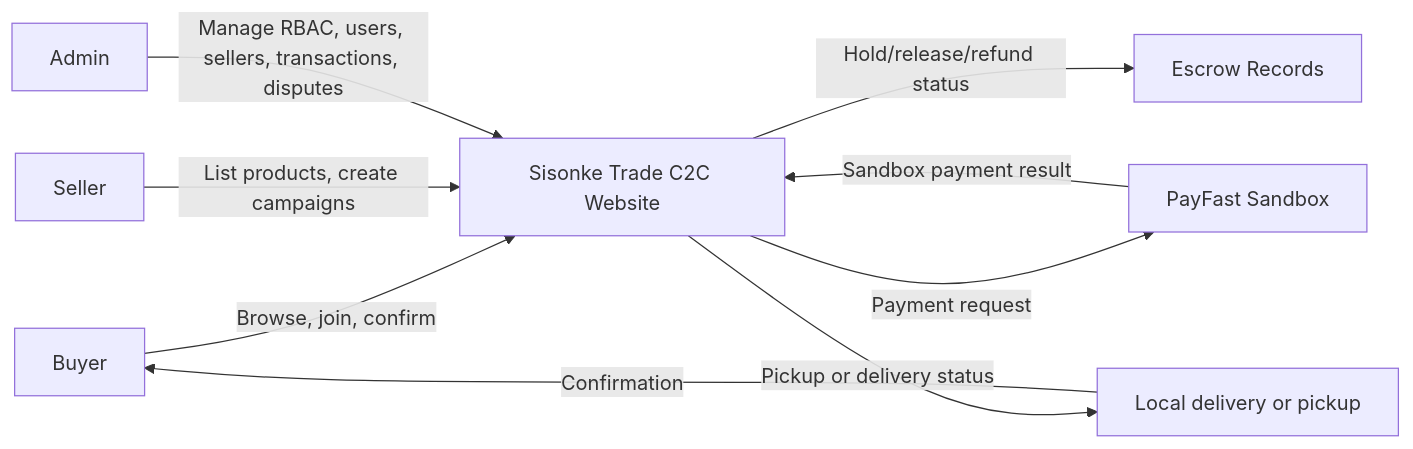
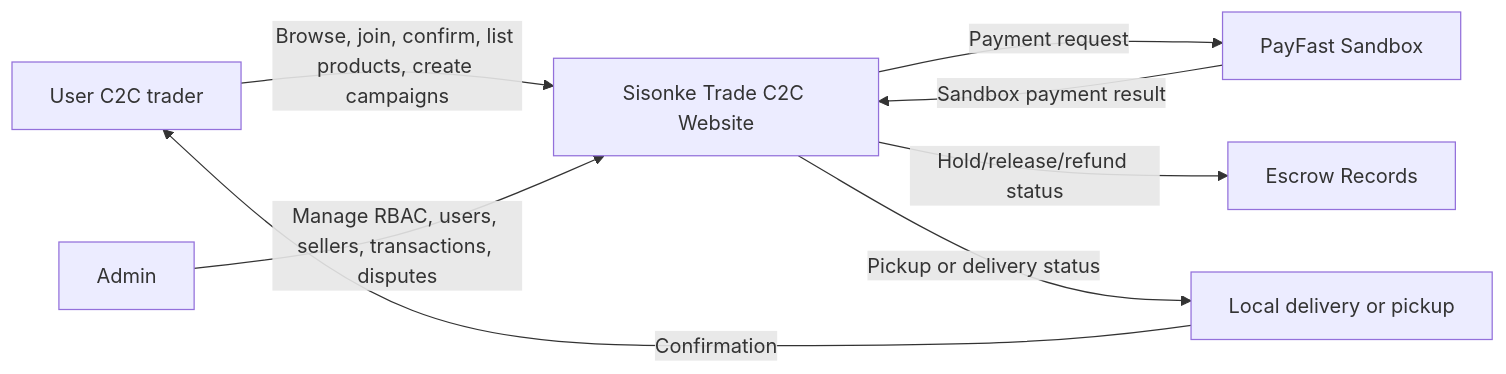
The second of 4 diagrams in docs/deliverable2.md (SCARA0429/Sisonke-trade-new), drawn with Mermaid before and after one commit. The commit also changed other lines of this file and 15 other files, not shown here.

````diff
--- a/docs/deliverable2.md
+++ b/docs/deliverable2.md
@@ -227,11 +243,10 @@
 ```mermaid
 flowchart LR
-    Buyer[Buyer] -->|Browse, join, confirm| Website[Sisonke Trade C2C Website]
-    Seller[Seller] -->|List products, create campaigns| Website
+    User[User C2C trader] -->|Browse, join, confirm, list products, create campaigns| Website[Sisonke Trade C2C Website]
     Admin[Admin] -->|Manage RBAC, users, sellers, transactions, disputes| Website
     Website -->|Payment request| PayFast[PayFast Sandbox]
     PayFast -->|Sandbox payment result| Website
     Website -->|Hold/release/refund status| Escrow[Escrow Records]
     Website -->|Pickup or delivery status| Delivery[Local delivery or pickup]
-    Delivery -->|Confirmation| Buyer
+    Delivery -->|Confirmation| User
 ```
````
